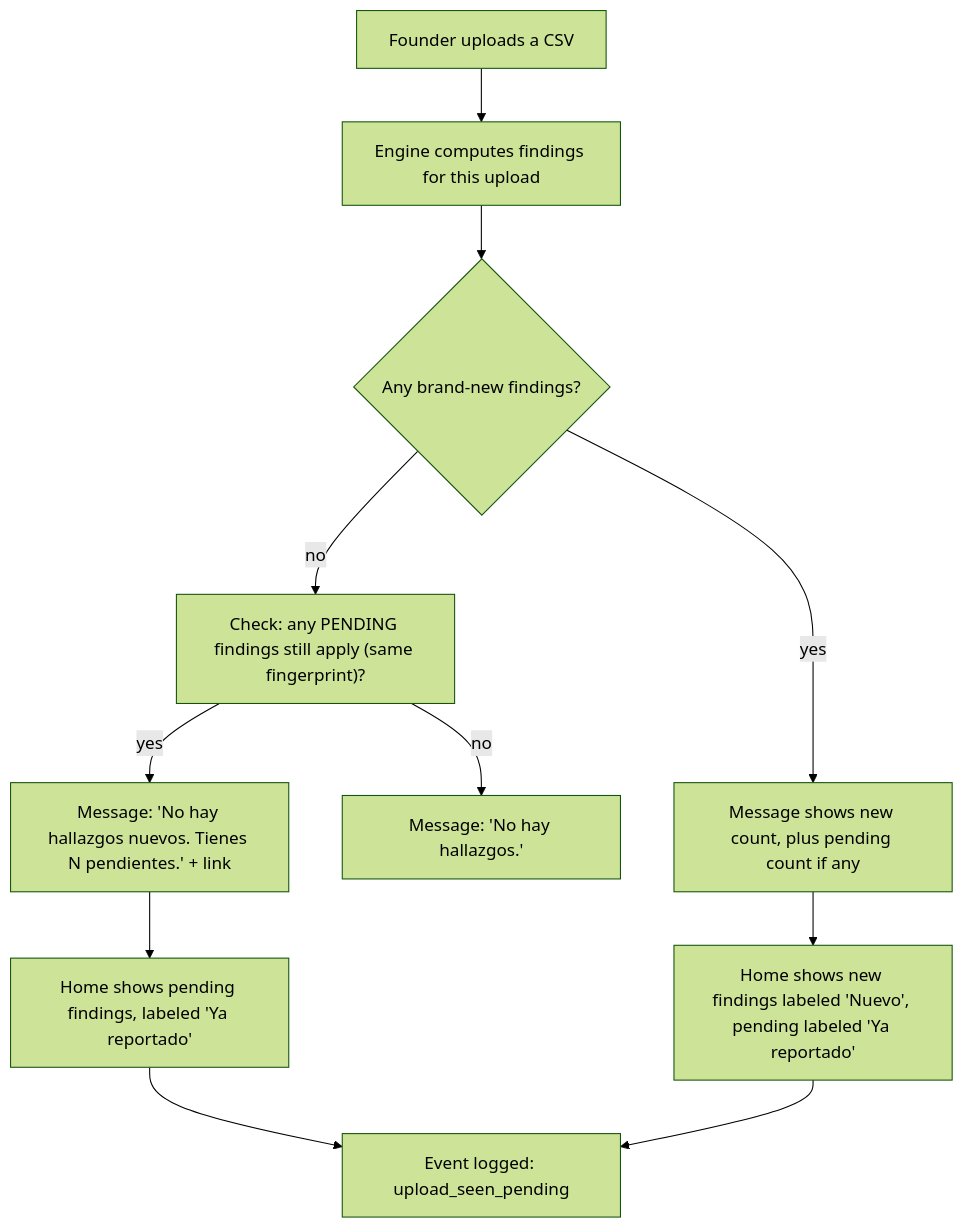
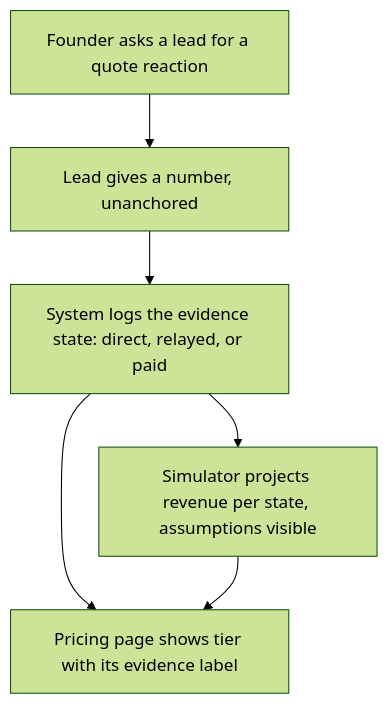
The first of 2 diagrams in w12-validator/docs/PACKET.md (gonzalopatlanbuilds-crypto/crystal-ball), drawn with Mermaid (forest theme) before and after one commit. The commit also changed other lines of this file and 4 other files, not shown here.

````diff
--- a/w12-validator/docs/PACKET.md
+++ b/w12-validator/docs/PACKET.md
@@ -37,13 +39,8 @@
 ```mermaid
 flowchart TD
-  A["Founder uploads a CSV"] --> B["Engine computes findings for this upload"]
-  B --> C{"Any brand-new findings?"}
-  C -- "no" --> D["Check: any PENDING findings still apply (same fingerprint)?"]
-  D -- "yes" --> E["Message: 'No hay hallazgos nuevos. Tienes N pendientes.' + link"]
-  D -- "no" --> F["Message: 'No hay hallazgos.'"]
-  C -- "yes" --> G["Message shows new count, plus pending count if any"]
-  E --> H["Home shows pending findings, labeled 'Ya reportado'"]
-  G --> I["Home shows new findings labeled 'Nuevo', pending labeled 'Ya reportado'"]
-  H --> J["Event logged: upload_seen_pending"]
-  I --> J
+  A["Founder asks a lead for a quote reaction"] --> B["Lead gives a number, unanchored"]
+  B --> C["System logs the evidence state: direct, relayed, or paid"]
+  C --> D["Simulator projects revenue per state, assumptions visible"]
+  C --> E["Pricing page shows tier with its evidence label"]
+  D --> E
 ```
````
